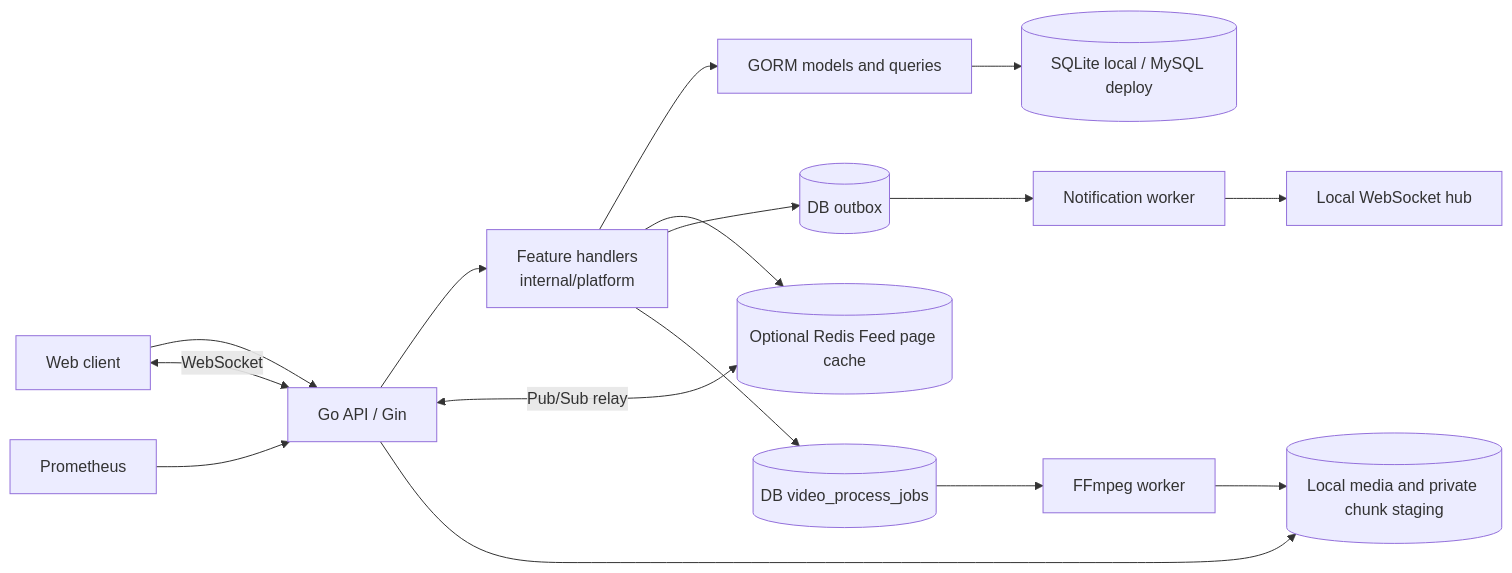
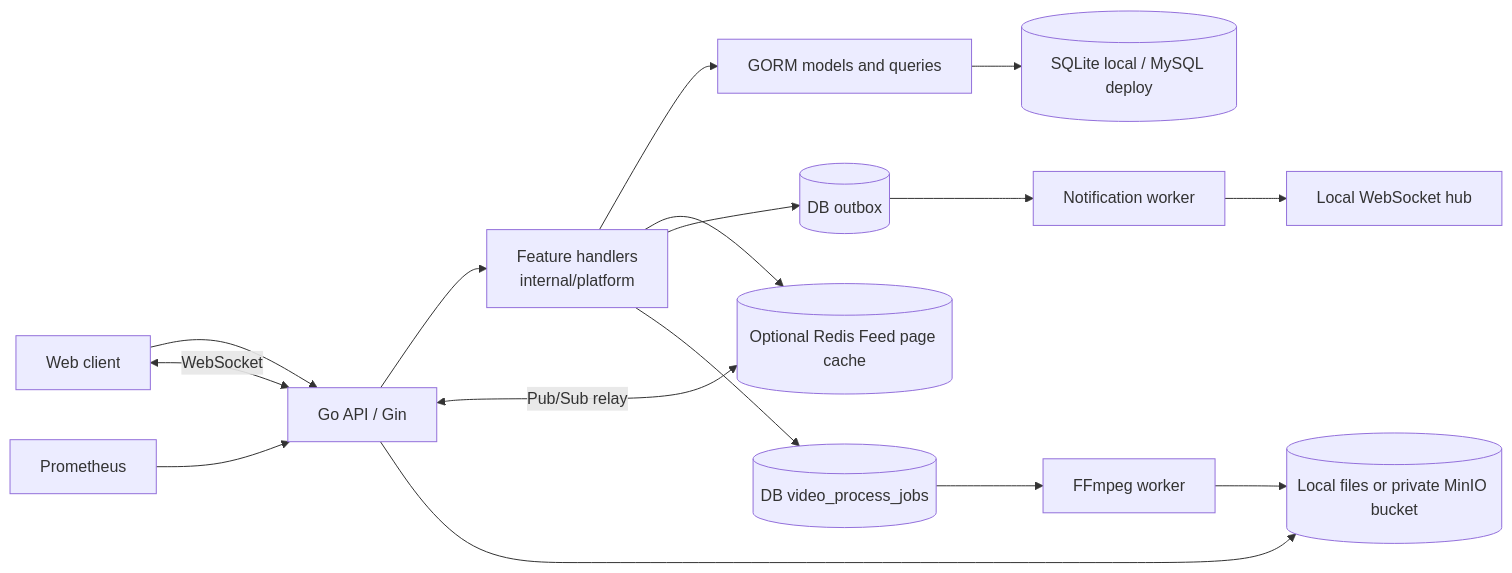
One commit to liuzhouquan/GoStream changed the diagram in docs/ARCHITECTURE.md. Above: the diagram before and after it, drawn with Mermaid. The commit also changed other lines of this file and 27 other files, not shown here.

Commit message:
Add MinIO media storage with cross-instance upload and recovery tests

````diff
--- a/docs/ARCHITECTURE.md
+++ b/docs/ARCHITECTURE.md
@@ -7,18 +7,18 @@
 ```mermaid
 flowchart LR
   Web[Web client] --> API[Go API / Gin]
   API --> Handlers[Feature handlers<br/>internal/platform]
   Handlers --> GORM[GORM models and queries]
   Handlers --> Redis[(Optional Redis Feed page cache)]
   API <-->|Pub/Sub relay| Redis
   GORM --> DB[(SQLite local / MySQL deploy)]
   Handlers --> Outbox[(DB outbox)]
   Outbox --> Worker[Notification worker]
   Worker --> WS[Local WebSocket hub]
   Handlers --> ProcessQueue[(DB video_process_jobs)]
   ProcessQueue --> MediaWorker[FFmpeg worker]
-  MediaWorker --> Media
-  API --> Media[(Local media and private chunk staging)]
+  MediaWorker --> Media[(Local files or private MinIO bucket)]
+  API --> Media
   Prometheus --> API
   API <-->|WebSocket| Web
 ```
````
